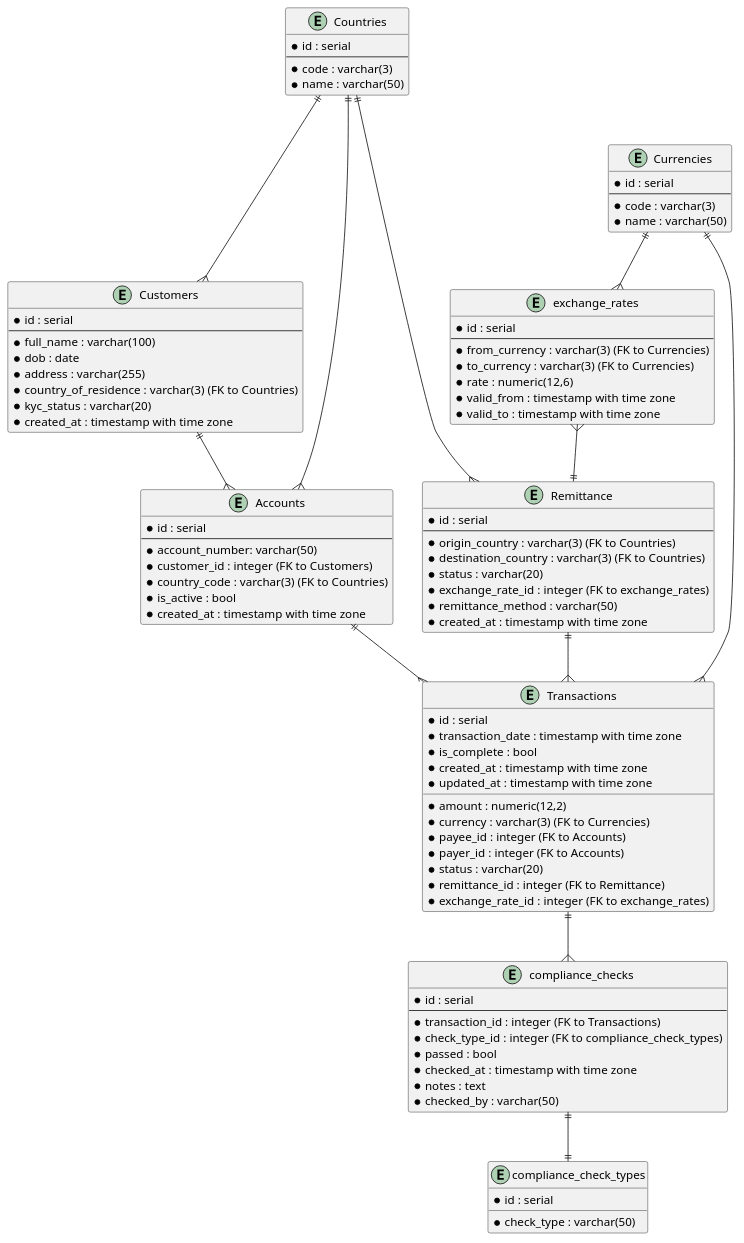
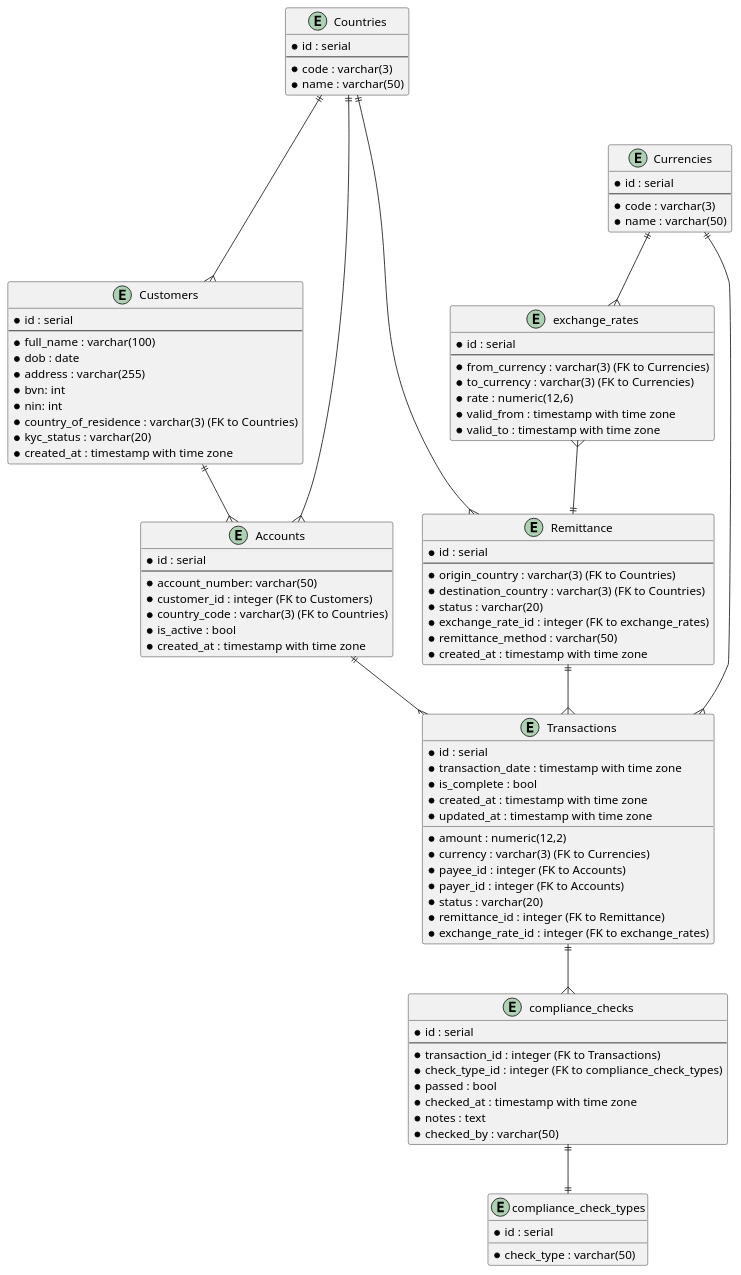
The diagram in data_modelling.md (ray-dataworks1/international-payments-compliance-analytics), drawn with PlantUML before and after one commit. The commit also changed 12 other files, not shown here.

Commit message:
"Added data generation LLM prompt and script along with CSVs and amendments to the data_modelling.md ERD file and the .gitignor e file."

```diff
--- a/data_modelling.md
+++ b/data_modelling.md
@@ -29,6 +29,8 @@
  * full_name : varchar(100)
  * dob : date
  * address : varchar(255)
+ * bvn: int
+ * nin: int
  * country_of_residence : varchar(3) (FK to Countries)
  * kyc_status : varchar(20)
  * created_at : timestamp with time zone
```
